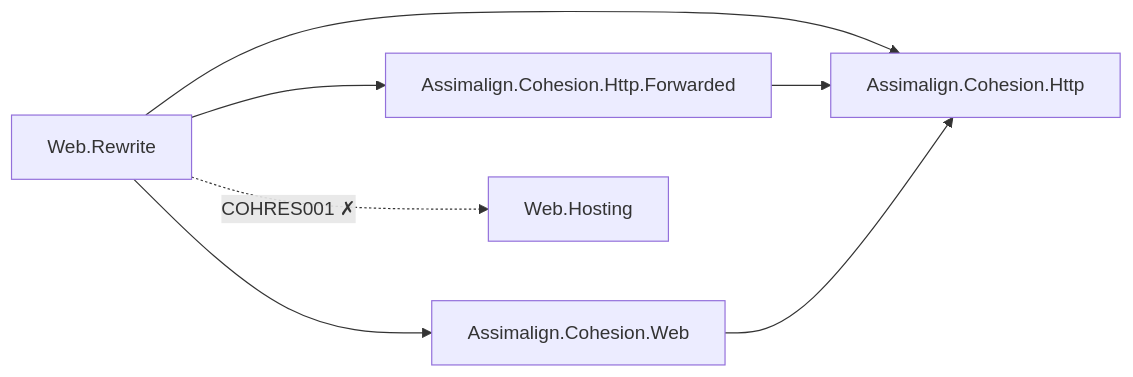
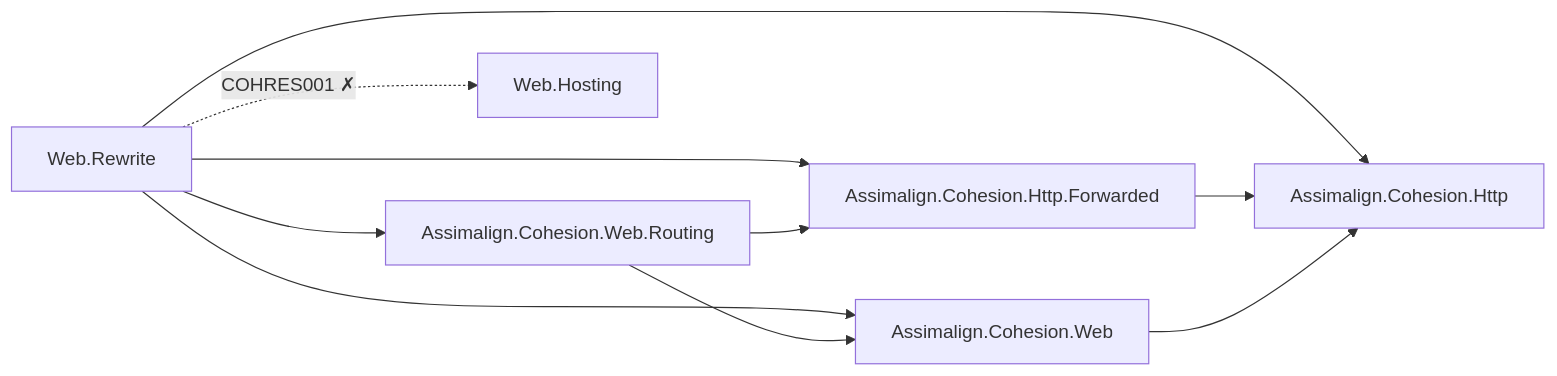
One commit to assimalign/cohesion-docs changed the first of 2 diagrams in docs/dotnet-apis/resources/web/assimalign-cohesion-web-rewrite/design.md. Above: the diagram before and after it, drawn with Mermaid. The commit also changed other lines of this file and 84 other files, not shown here.

````diff
--- a/docs/dotnet-apis/resources/web/assimalign-cohesion-web-rewrite/design.md
+++ b/docs/dotnet-apis/resources/web/assimalign-cohesion-web-rewrite/design.md
@@ -27,9 +26,12 @@
 ```mermaid
 flowchart LR
     Rewrite["Web.Rewrite"] --> Web["Assimalign.Cohesion.Web"]
+    Rewrite --> Routing["Assimalign.Cohesion.Web.Routing"]
     Rewrite --> Http["Assimalign.Cohesion.Http"]
     Rewrite --> Forwarded["Assimalign.Cohesion.Http.Forwarded"]
+    Routing --> Web
+    Routing --> Forwarded
     Forwarded --> Http
     Web --> Http
     Rewrite -.->|"COHRES001 ✗"| Hosting["Web.Hosting"]
 ```
````
